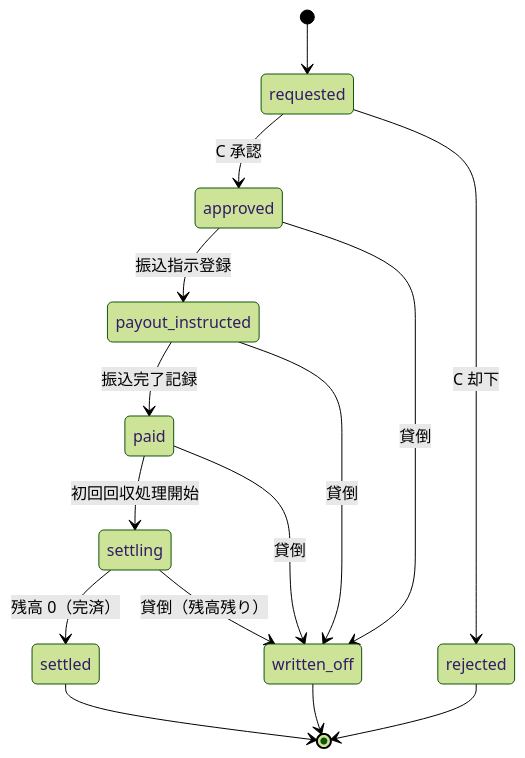
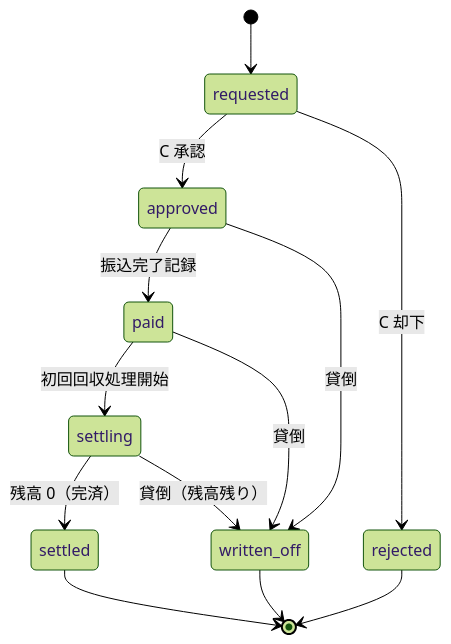
One commit to hilty8/driver-advance-accounting changed the diagram in docs/diagrams/advances_state_diagram.md. Above: the diagram before and after it, drawn with Mermaid (forest theme). The commit also changed other lines of this file and 19 other files, not shown here.

````diff
--- a/docs/diagrams/advances_state_diagram.md
+++ b/docs/diagrams/advances_state_diagram.md
@@ -7,19 +8,17 @@
 ```mermaid
 stateDiagram-v2
     [*] --> requested
     requested --> approved: C 承認
     requested --> rejected: C 却下
-    approved --> payout_instructed: 振込指示登録
-    payout_instructed --> paid: 振込完了記録
+    approved --> paid: 振込完了記録
     paid --> settling: 初回回収処理開始
     settling --> settled: 残高 0（完済）
 
     approved --> written_off: 貸倒
-    payout_instructed --> written_off: 貸倒
     paid --> written_off: 貸倒
     settling --> written_off: 貸倒（残高残り）
 
     settled --> [*]
     rejected --> [*]
     written_off --> [*]
 ```
````
